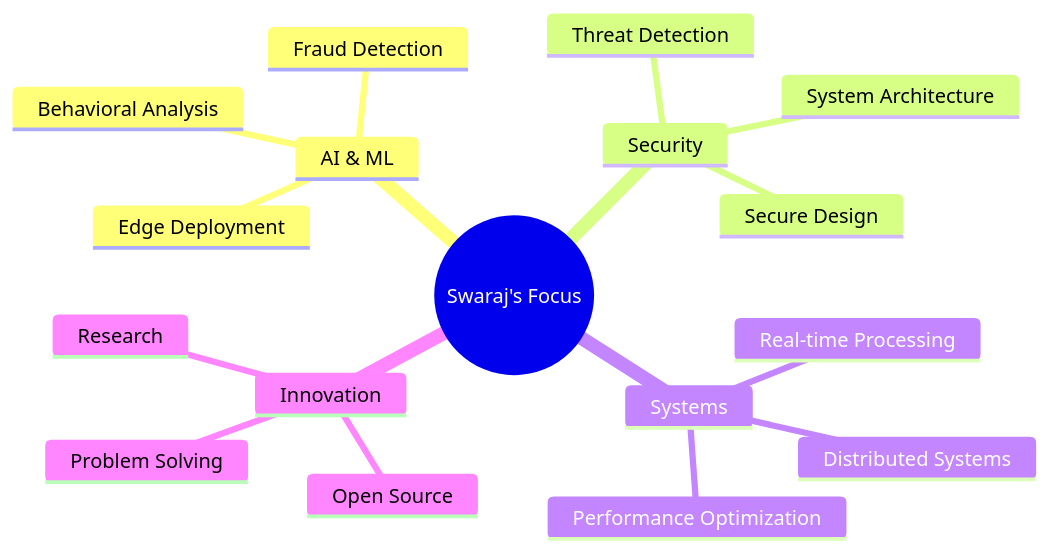
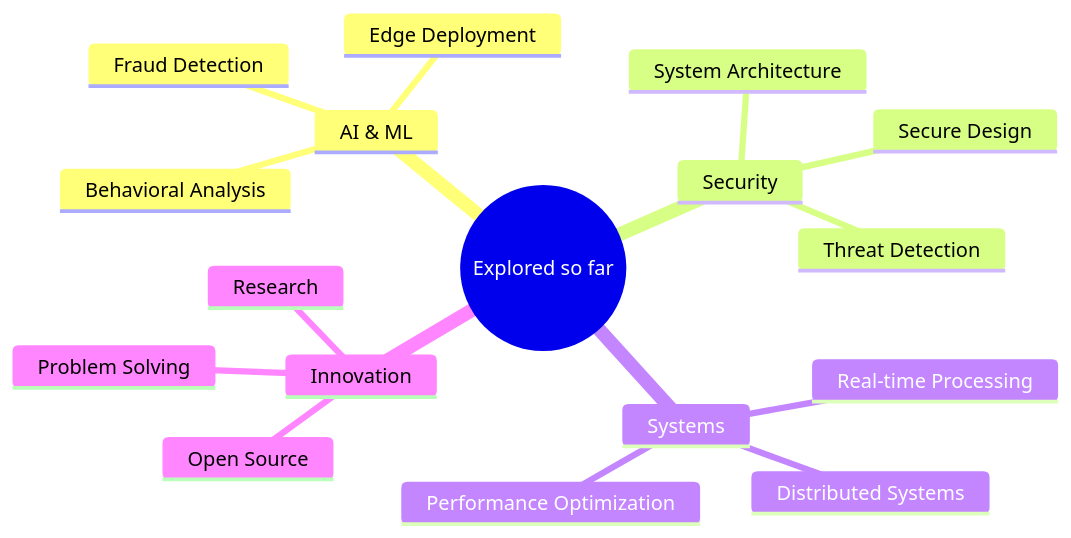
Before and after one commit to pymailsy/pymailsy: the diagram in README.md, drawn with Mermaid. The commit also changed other lines of this file, not shown here.

````diff
--- a/README.md
+++ b/README.md
@@ -111,20 +111,20 @@
 ```mermaid
 mindmap
-  root((Swaraj's Focus))
+  root((Explored so far))
     AI & ML
       Behavioral Analysis
       Fraud Detection
       Edge Deployment
     Security
       System Architecture
       Threat Detection
       Secure Design
     Systems
       Distributed Systems
       Real-time Processing
       Performance Optimization
     Innovation
       Research
       Open Source
       Problem Solving
 ```
````
